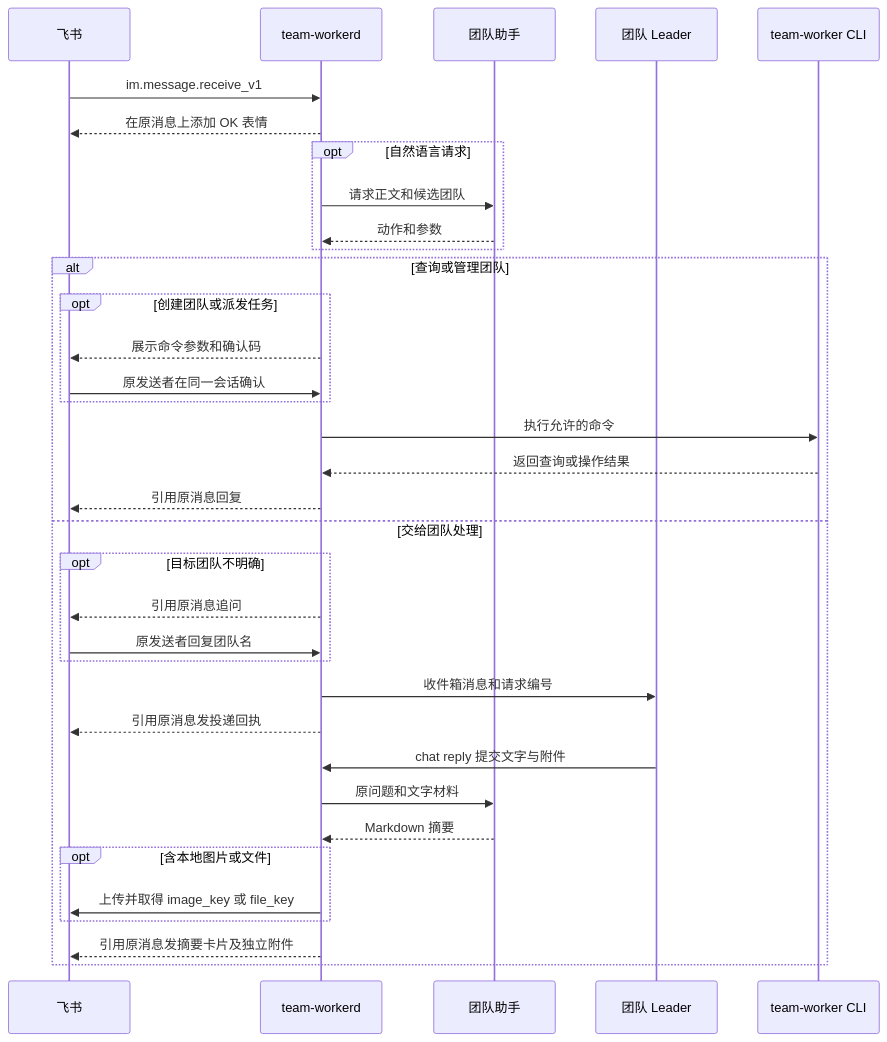
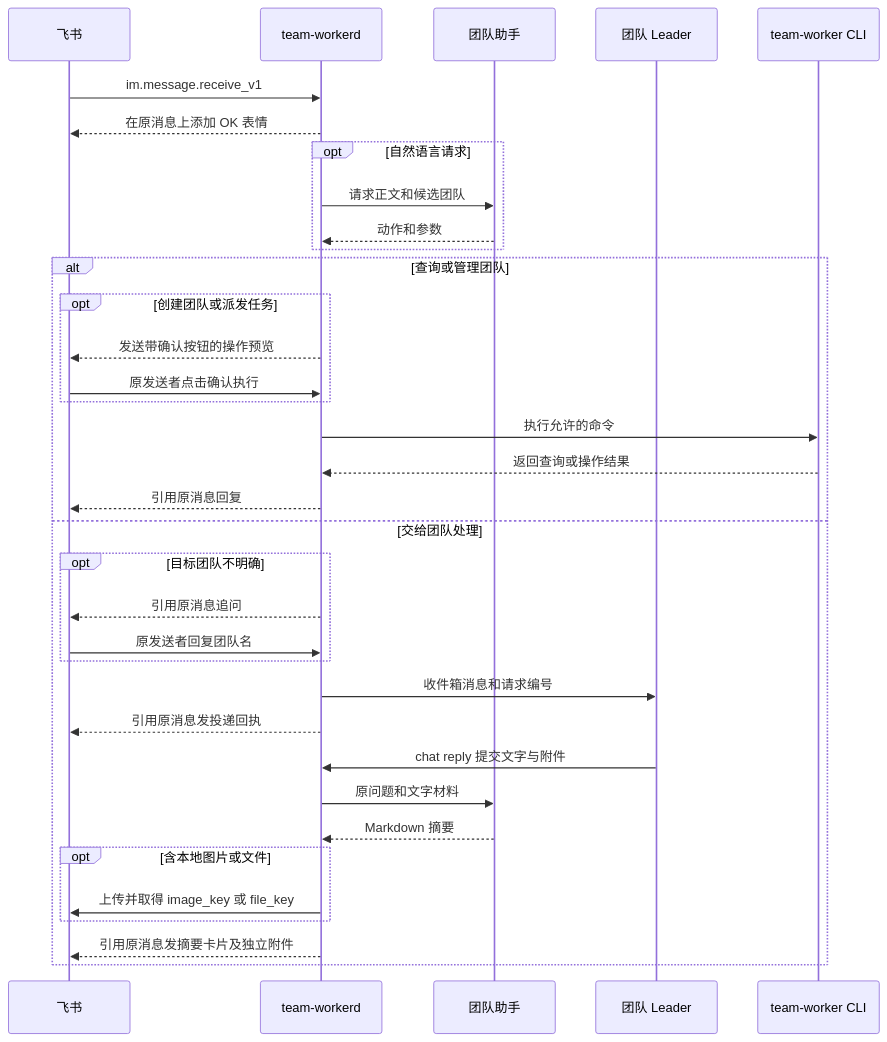
The diagram in docs/feishu-call-flow.md (BenLocal/team-worker), drawn with Mermaid before and after one commit. The commit also changed other lines of this file and 2 other files, not shown here.

````diff
--- a/docs/feishu-call-flow.md
+++ b/docs/feishu-call-flow.md
@@ -13,37 +13,37 @@
 ```mermaid
 sequenceDiagram
     participant F as 飞书
     participant D as team-workerd
     participant A as 团队助手
     participant L as 团队 Leader
     participant C as team-worker CLI
     F->>D: im.message.receive_v1
     D-->>F: 在原消息上添加 OK 表情
     opt 自然语言请求
         D->>A: 请求正文和候选团队
         A-->>D: 动作和参数
     end
     alt 查询或管理团队
         opt 创建团队或派发任务
-            D-->>F: 展示命令参数和确认码
-            F->>D: 原发送者在同一会话确认
+            D-->>F: 发送带确认按钮的操作预览
+            F->>D: 原发送者点击确认执行
         end
         D->>C: 执行允许的命令
         C-->>D: 返回查询或操作结果
         D-->>F: 引用原消息回复
     else 交给团队处理
         opt 目标团队不明确
             D-->>F: 引用原消息追问
             F->>D: 原发送者回复团队名
         end
         D->>L: 收件箱消息和请求编号
         D-->>F: 引用原消息发投递回执
         L->>D: chat reply 提交文字与附件
         D->>A: 原问题和文字材料
         A-->>D: Markdown 摘要
         opt 含本地图片或文件
             D->>F: 上传并取得 image_key 或 file_key
         end
         D-->>F: 引用原消息发摘要卡片及独立附件
     end
 ```
````
